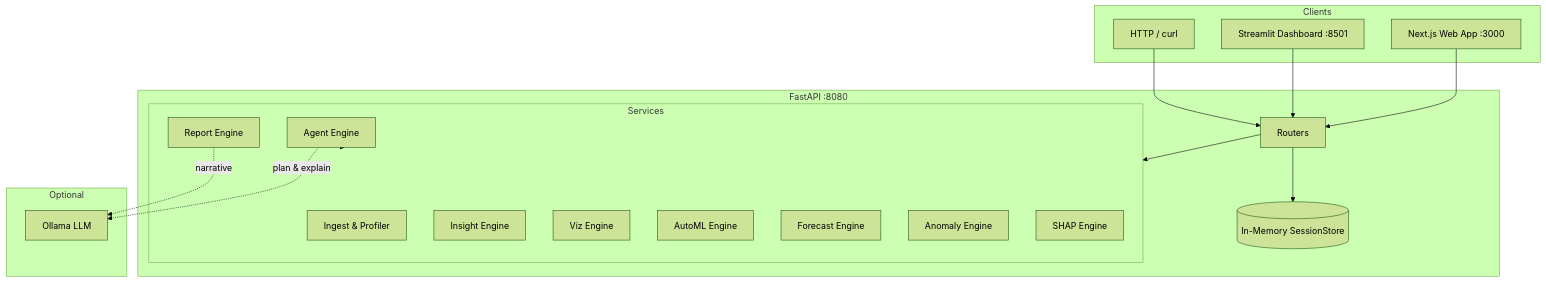
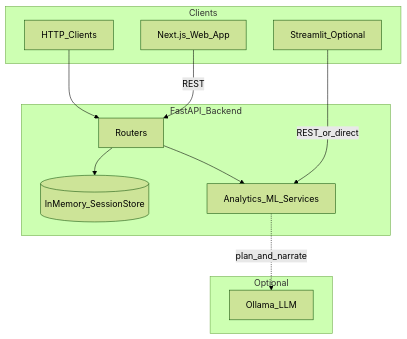
Before and after one commit to Hypersb/Data-Pilot-AI: the diagram in README.md, drawn with Mermaid (forest theme). The commit also changed other lines of this file and 5 other files, not shown here.

````diff
--- a/README.md
+++ b/README.md
@@ -154,37 +105,25 @@
 ```mermaid
 flowchart TB
-    subgraph Clients
-        WEB[Next.js Web App :3000]
-        ST[Streamlit Dashboard :8501]
-        CURL[HTTP / curl]
+    subgraph clients [Clients]
+        NextJS[Next.js_Web_App]
+        Streamlit[Streamlit_Optional]
+        APIClients[HTTP_Clients]
     end
 
-    subgraph Backend["FastAPI :8080"]
-        R[Routers]
-        SS[(In-Memory SessionStore)]
-        subgraph Services
-            ING[Ingest & Profiler]
-            INS[Insight Engine]
-            VIZ[Viz Engine]
-            AML[AutoML Engine]
-            FC[Forecast Engine]
-            ANO[Anomaly Engine]
-            XAI[SHAP Engine]
-            AGT[Agent Engine]
-            RPT[Report Engine]
-        end
+    subgraph backend [FastAPI_Backend]
+        Routers[Routers]
+        SessionStore[(InMemory_SessionStore)]
+        Services[Analytics_ML_Services]
     end
 
-    subgraph Optional
-        OLL[Ollama LLM]
+    subgraph optional [Optional]
+        Ollama[Ollama_LLM]
     end
 
-    WEB --> R
-    ST --> R
-    CURL --> R
-    R --> SS
-    R --> Services
-    AGT --> Services
-    AGT -.->|plan & explain| OLL
-    RPT -.->|narrative| OLL
+    NextJS -->|REST| Routers
+    Streamlit -->|REST_or_direct| Services
+    APIClients --> Routers
+    Routers --> SessionStore
+    Routers --> Services
+    Services -.->|plan_and_narrate| Ollama
 ```
````
